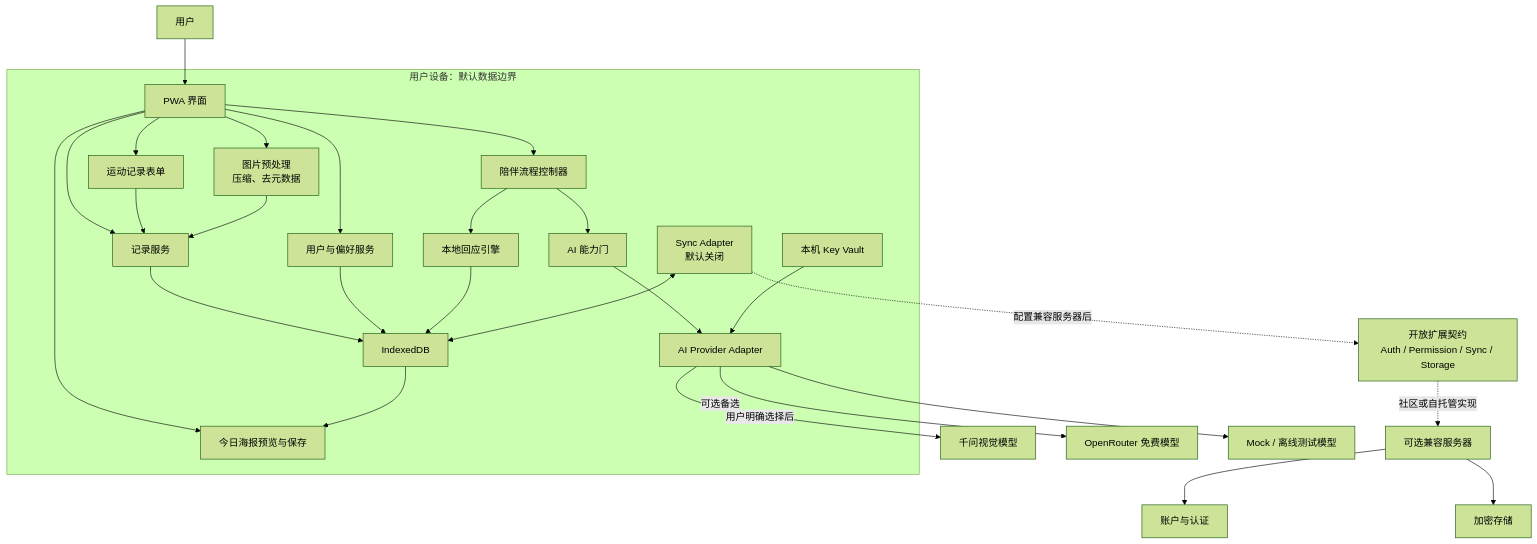
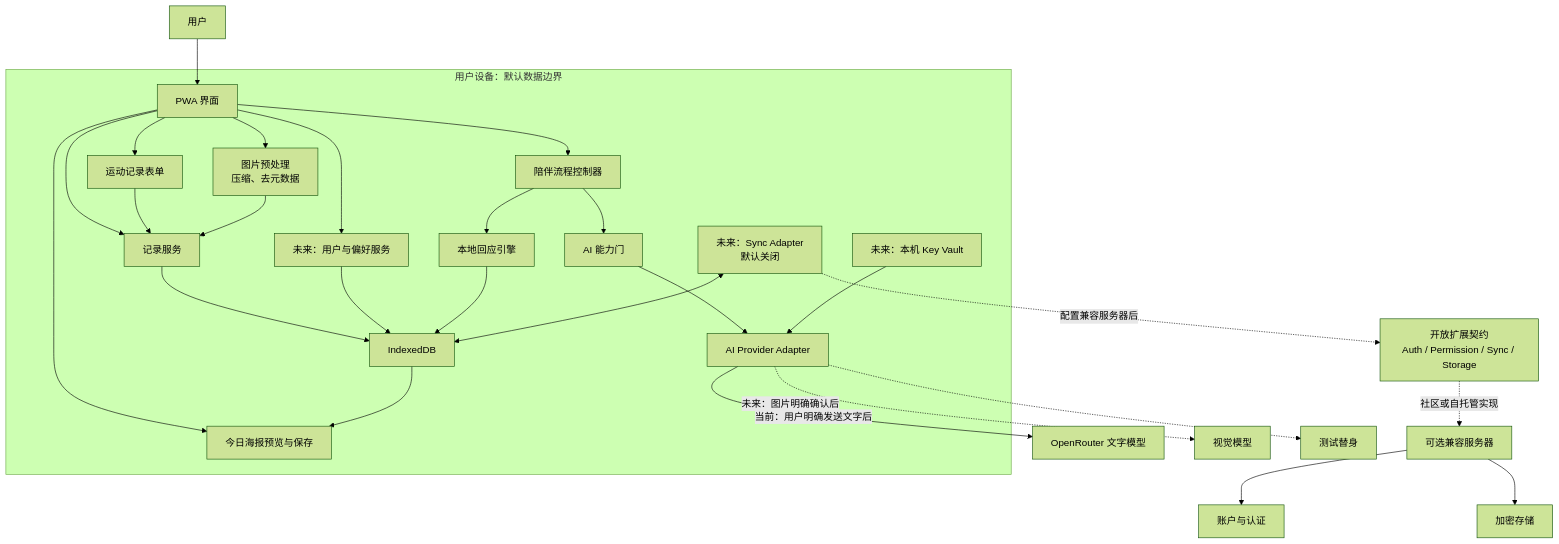
Before and after one commit to oukeming64-tech/different-diary: the first of 4 diagrams in docs/03-架构图.md, drawn with Mermaid (forest theme). The commit also changed other lines of this file and 54 other files, not shown here.

````diff
--- a/docs/03-架构图.md
+++ b/docs/03-架构图.md
@@ -17,38 +33,38 @@
 ```mermaid
 flowchart TB
     U["用户"] --> UI["PWA 界面"]
 
     subgraph DEVICE["用户设备：默认数据边界"]
         UI --> FLOW["陪伴流程控制器"]
         UI --> RECORD["记录服务"]
         UI --> ACTIVITY["运动记录表单"]
         UI --> POSTER["今日海报预览与保存"]
-        UI --> PROFILE["用户与偏好服务"]
+        UI --> PROFILE["未来：用户与偏好服务"]
 
         FLOW --> LOCALRESP["本地回应引擎"]
         FLOW --> AIGATE["AI 能力门"]
 
         RECORD --> DB["IndexedDB"]
         ACTIVITY --> RECORD
         DB --> POSTER
         PROFILE --> DB
         LOCALRESP --> DB
 
         UI --> IMAGE["图片预处理\n压缩、去元数据"]
         IMAGE --> RECORD
 
         AIGATE --> PROVIDERS["AI Provider Adapter"]
-        KEY["本机 Key Vault"] --> PROVIDERS
+        KEY["未来：本机 Key Vault"] --> PROVIDERS
 
-        SYNC["Sync Adapter\n默认关闭"] <--> DB
+        SYNC["未来：Sync Adapter\n默认关闭"] <--> DB
     end
 
-    PROVIDERS -->|"用户明确选择后"| QWEN["千问视觉模型"]
-    PROVIDERS -->|"可选备选"| OR["OpenRouter 免费模型"]
-    PROVIDERS --> MOCK["Mock / 离线测试模型"]
+    PROVIDERS -->|"当前：用户明确发送文字后"| OR["OpenRouter 文字模型"]
+    PROVIDERS -.->|"未来：图片明确确认后"| QWEN["视觉模型"]
+    PROVIDERS -.-> MOCK["测试替身"]
 
     SYNC -.->|"配置兼容服务器后"| CONTRACT["开放扩展契约\nAuth / Permission / Sync / Storage"]
     CONTRACT -.->|"社区或自托管实现"| CLOUD["可选兼容服务器"]
     CLOUD --> AUTH["账户与认证"]
     CLOUD --> CDB["加密存储"]
 ```
````
